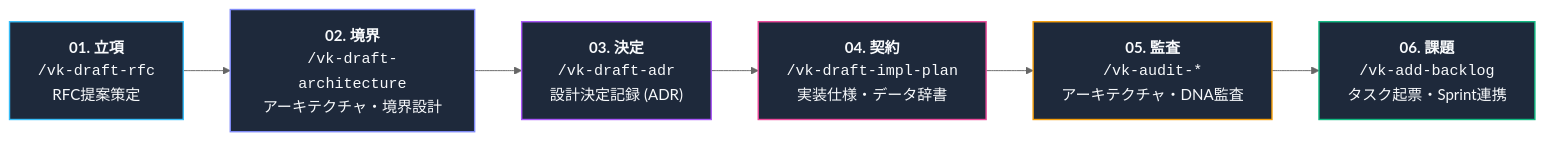
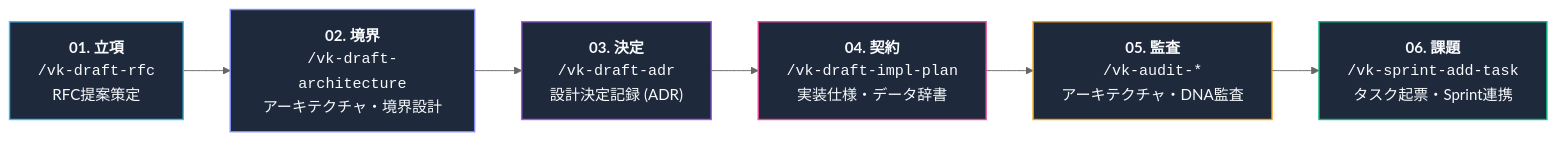
One commit to ViktorLK/VK-Common-BE changed the second of 2 diagrams in .agents/README.md. Above: the diagram before and after it, drawn with Mermaid (neutral theme). The commit also changed other lines of this file and 144 other files, not shown here.

````diff
--- a/.agents/README.md
+++ b/.agents/README.md
@@ -121,16 +122,16 @@
 ```mermaid
 flowchart LR
     S1["<b>01. 立項</b><br/><code>/vk-draft-rfc</code><br/>RFC提案策定"] -->
     S2["<b>02. 境界</b><br/><code>/vk-draft-architecture</code><br/>アーキテクチャ・境界設計"] -->
     S3["<b>03. 決定</b><br/><code>/vk-draft-adr</code><br/>設計決定記録 (ADR)"] -->
     S4["<b>04. 契約</b><br/><code>/vk-draft-impl-plan</code><br/>実装仕様・データ辞書"] -->
     S5["<b>05. 監査</b><br/><code>/vk-audit-*</code><br/>アーキテクチャ・DNA監査"] -->
-    S6["<b>06. 課題</b><br/><code>/vk-add-backlog</code><br/>タスク起票・Sprint連携"]
+    S6["<b>06. 課題</b><br/><code>/vk-sprint-add-task</code><br/>タスク起票・Sprint連携"]
 
     style S1 fill:#1e293b,stroke:#38bdf8,stroke-width:1.5px,color:#f8fafc
     style S2 fill:#1e293b,stroke:#818cf8,stroke-width:1.5px,color:#f8fafc
     style S3 fill:#1e293b,stroke:#a855f7,stroke-width:1.5px,color:#f8fafc
     style S4 fill:#1e293b,stroke:#ec4899,stroke-width:1.5px,color:#f8fafc
     style S5 fill:#1e293b,stroke:#f59e0b,stroke-width:1.5px,color:#f8fafc
     style S6 fill:#1e293b,stroke:#10b981,stroke-width:1.5px,color:#f8fafc
 ```
````
